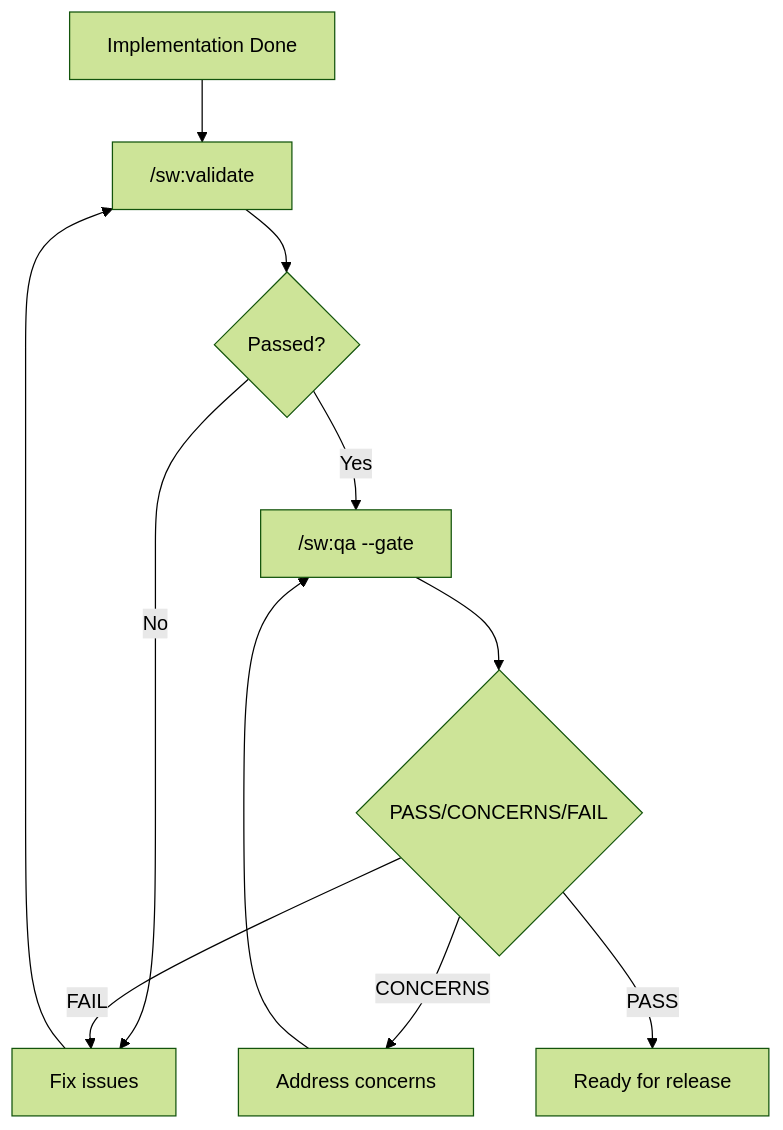
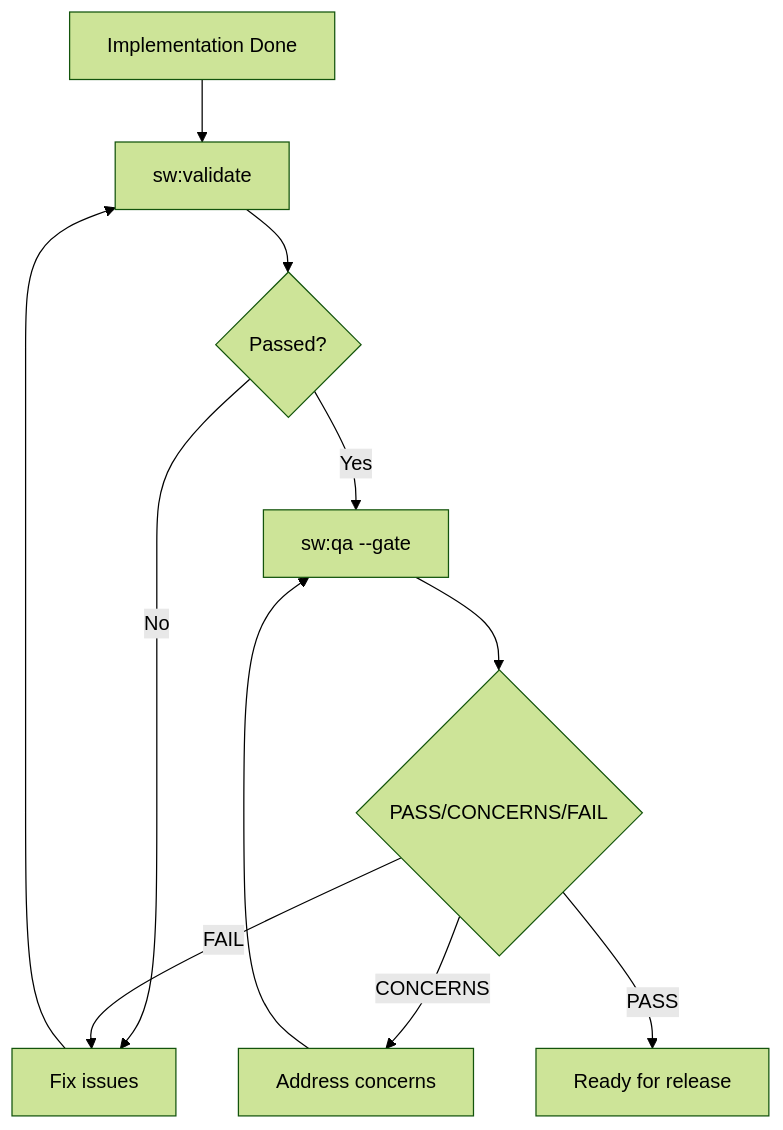
The third of 4 diagrams in docs-site/docs/reference/use-case-guide.md (anton-abyzov/specweave), drawn with Mermaid (forest theme) before and after one commit. The commit also changed other lines of this file and 328 other files, not shown here.

````diff
--- a/docs-site/docs/reference/use-case-guide.md
+++ b/docs-site/docs/reference/use-case-guide.md
@@ -213,13 +213,13 @@
 ```mermaid
 graph TD
-    A[Implementation Done] --> B["/sw:validate"]
+    A[Implementation Done] --> B["sw:validate"]
     B --> C{Passed?}
     C -->|No| D[Fix issues]
-    C -->|Yes| E["/sw:qa --gate"]
+    C -->|Yes| E["sw:qa --gate"]
     E --> F{PASS/CONCERNS/FAIL}
     F -->|FAIL| D
     F -->|CONCERNS| G[Address concerns]
     F -->|PASS| H[Ready for release]
     D --> B
     G --> E
 ```
````
